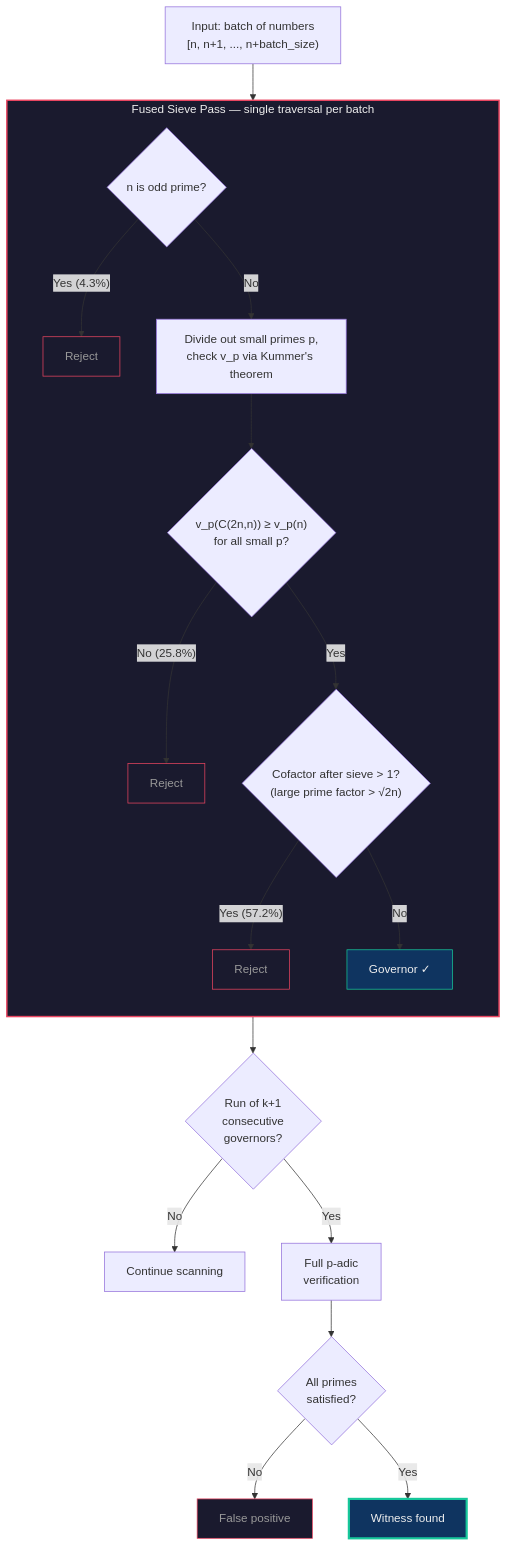
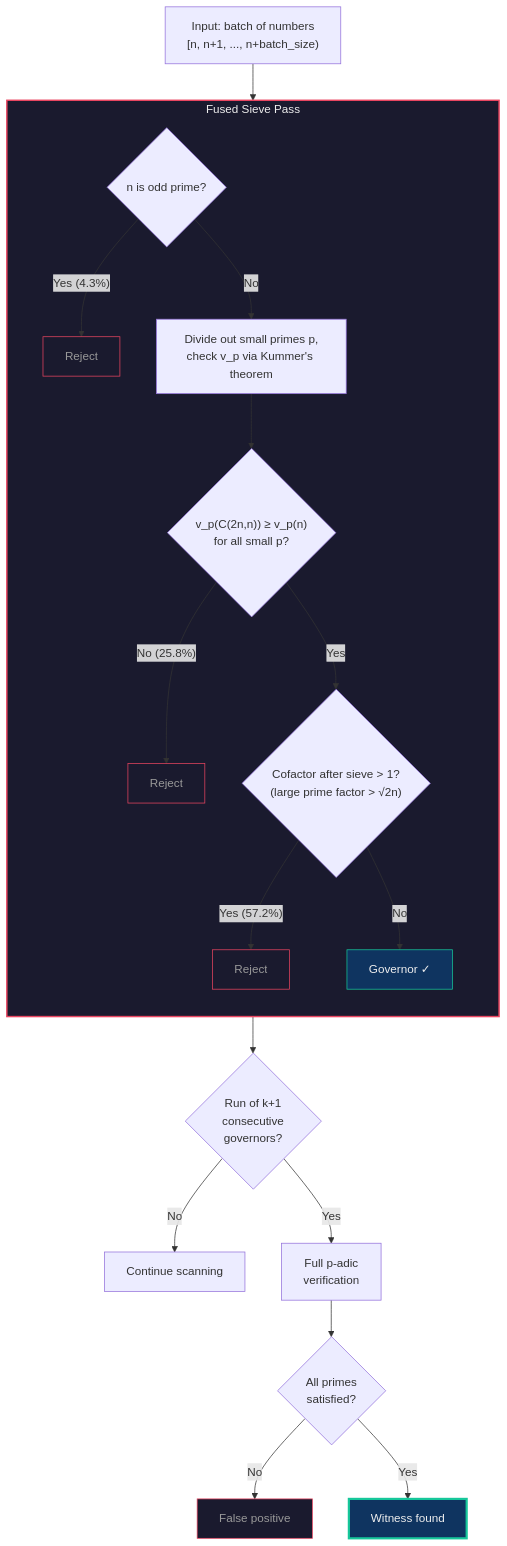
Before and after one commit to jdehorty/erdos396: the diagram in README.md, drawn with Mermaid.

Commit message:
fix: simplify Mermaid subgraph label to fix rendering

````diff
--- a/README.md
+++ b/README.md
@@ -74,31 +74,31 @@
 ```mermaid
 graph TD
     A["Input: batch of numbers<br/>[n, n+1, ..., n+batch_size)"] --> B
 
-    subgraph FUSED["Fused Sieve Pass &mdash; single traversal per batch"]
+    subgraph FUSED["Fused Sieve Pass"]
         direction TB
         B{"n is odd prime?"}
         B -- "Yes (4.3%)" --> R1["Reject"]
         B -- No --> C["Divide out small primes p,<br/>check v_p via Kummer's theorem"]
         C --> D{"v_p(C(2n,n)) &ge; v_p(n)<br/>for all small p?"}
         D -- "No (25.8%)" --> R2["Reject"]
         D -- Yes --> E{"Cofactor after sieve > 1?<br/>(large prime factor > &radic;2n)"}
         E -- "Yes (57.2%)" --> R3["Reject"]
         E -- No --> G["Governor &check;"]
     end
 
     G --> H{"Run of k+1<br/>consecutive<br/>governors?"}
     H -- No --> I["Continue scanning"]
     H -- Yes --> J["Full p-adic<br/>verification"]
     J --> K{"All primes<br/>satisfied?"}
     K -- No --> L["False positive"]
     K -- Yes --> M["Witness found"]
 
     style FUSED fill:#1a1a2e,stroke:#e94560,stroke-width:2px,color:#eee
     style G fill:#0f3460,stroke:#16c79a,color:#eee
     style M fill:#0f3460,stroke:#16c79a,stroke-width:3px,color:#eee
     style R1 fill:#1a1a2e,stroke:#e94560,color:#999
     style R2 fill:#1a1a2e,stroke:#e94560,color:#999
     style R3 fill:#1a1a2e,stroke:#e94560,color:#999
     style L fill:#1a1a2e,stroke:#e94560,color:#999
 ```
````
